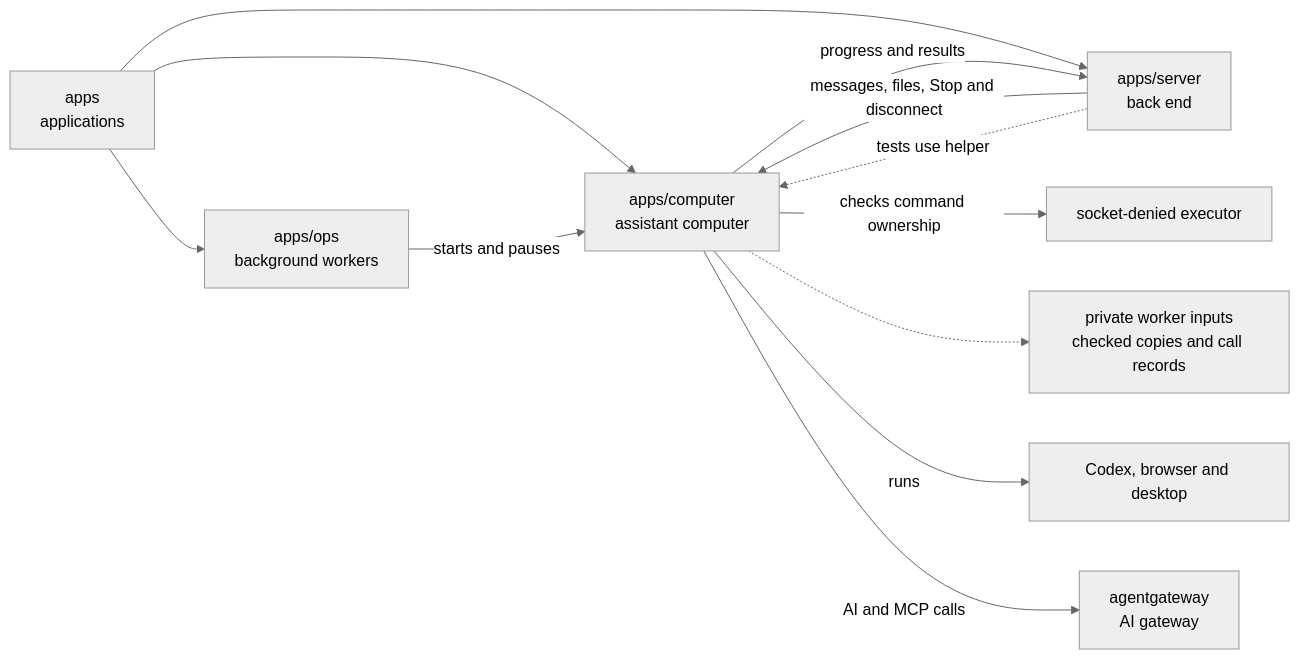
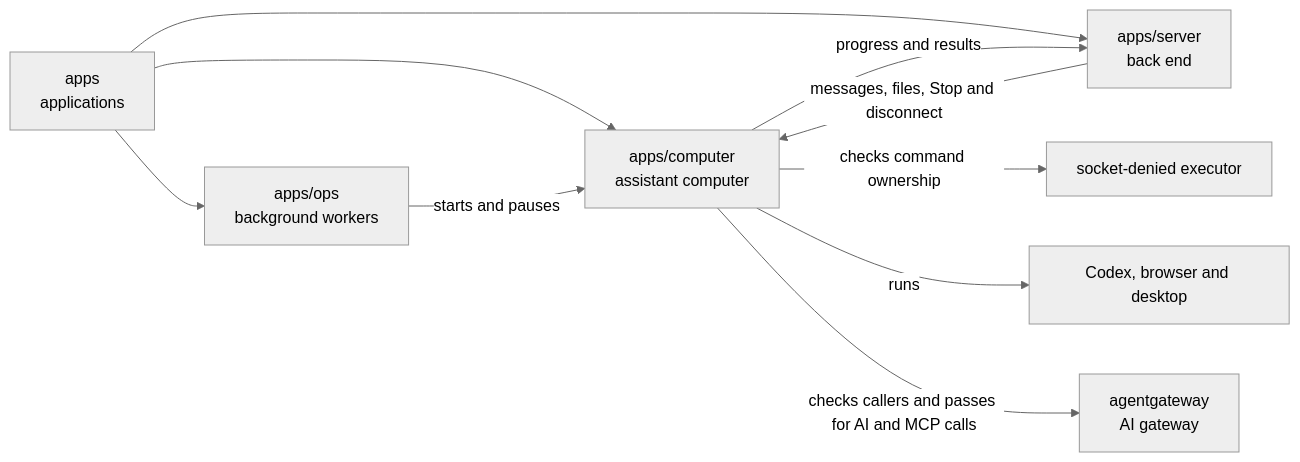
The diagram in apps/computer/README.md (elewa-git/opencrane-new), drawn with Mermaid (neutral theme) before and after one commit. The commit also changed other lines of this file and 7 other files, not shown here.

````diff
--- a/apps/computer/README.md
+++ b/apps/computer/README.md
@@ -16,14 +16,12 @@
 ```mermaid
 flowchart LR
   apps["apps<br/>applications"] --> computer["apps/computer<br/>assistant computer"]
   apps --> ops["apps/ops<br/>background workers"]
   apps --> server["apps/server<br/>back end"]
   ops -->|starts and pauses| computer
   server -->|messages, files, Stop and disconnect| computer
-  server -.->|tests use helper| computer
   computer -->|progress and results| server
   computer -->|checks command ownership| executor["socket-denied executor"]
-  computer -.-> registrations["private worker inputs<br/>checked copies and call records"]
   computer -->|runs| desktop["Codex, browser and desktop"]
-  computer -->|AI and MCP calls| gateway["agentgateway<br/>AI gateway"]
+  computer -->|checks callers and passes for AI and MCP calls| gateway["agentgateway<br/>AI gateway"]
 ```
````
